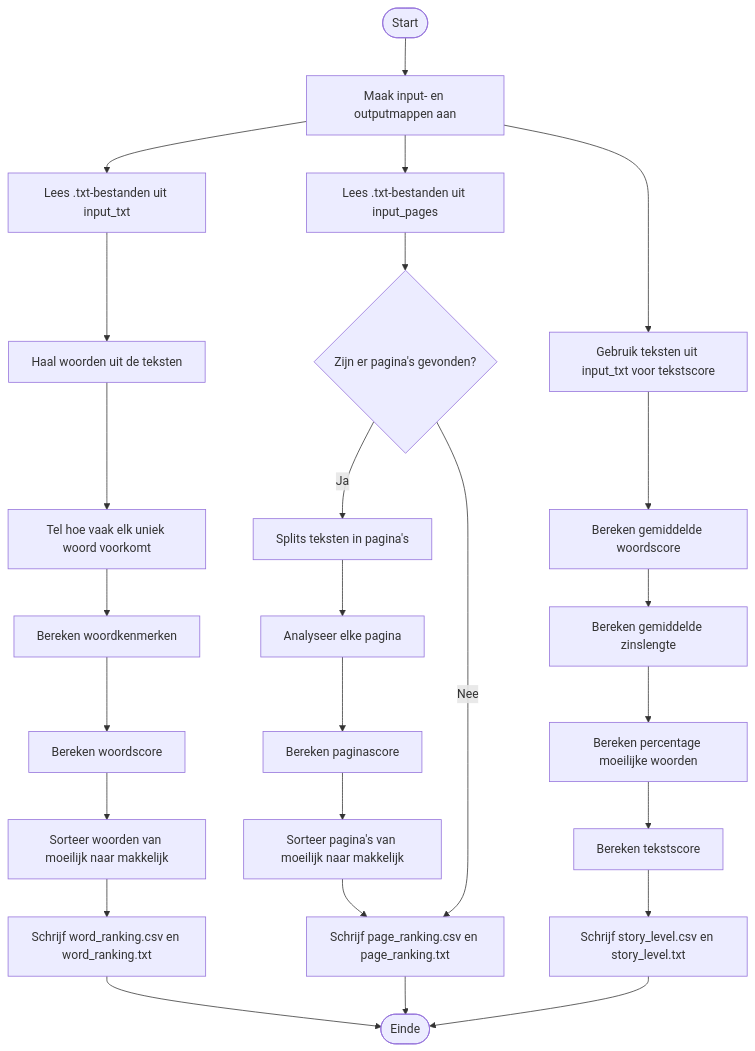
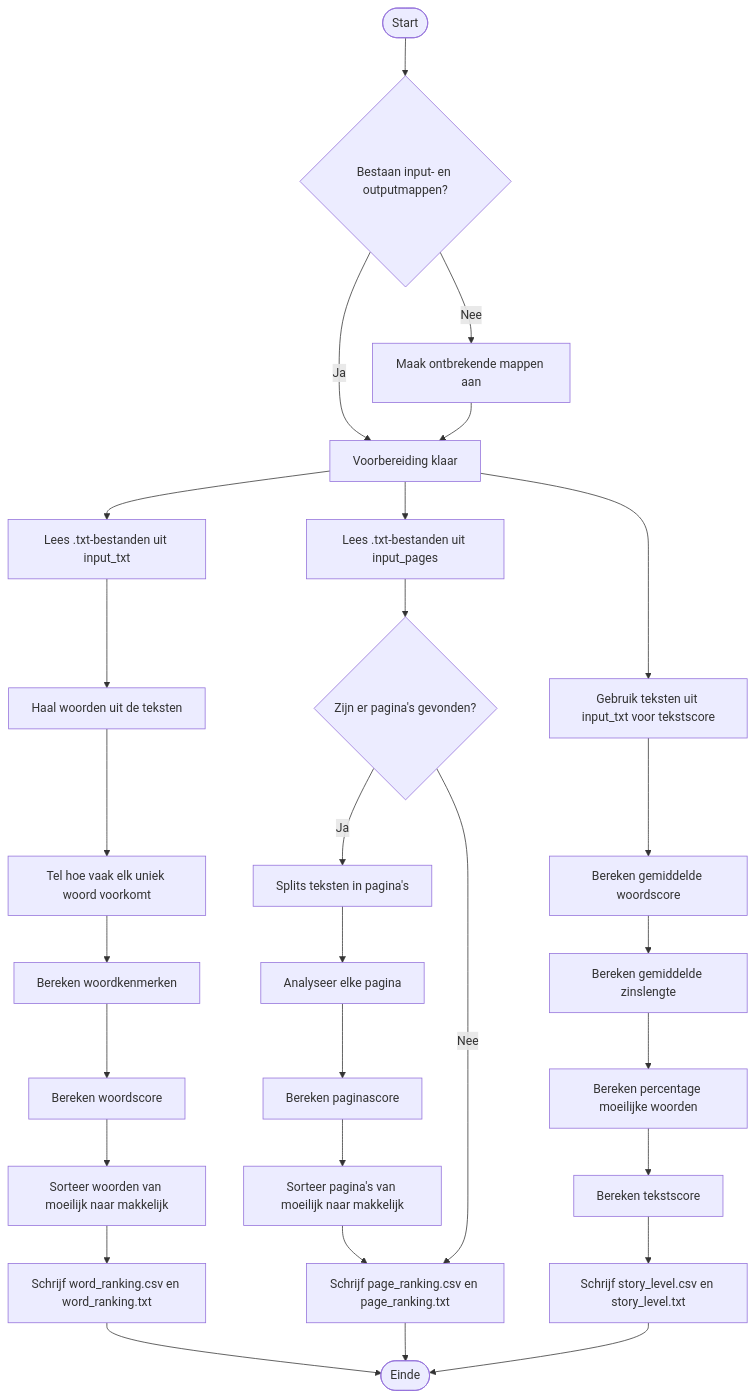
The diagram in docs/activity_diagram.md (Greedsmith/word_ranking_system), drawn with Mermaid before and after one commit.

````diff
--- a/docs/activity_diagram.md
+++ b/docs/activity_diagram.md
@@ -5,32 +5,35 @@
 ```mermaid
 flowchart TD
-    A([Start]) --> B[Maak input- en outputmappen aan]
+    A([Start]) --> B{Bestaan input- en outputmappen?}
+    B -- Ja --> B0[Voorbereiding klaar]
+    B -- Nee --> C0[Maak ontbrekende mappen aan]
+    C0 --> B0
 
-    B --> C[Lees .txt-bestanden uit input_txt]
+    B0 --> C[Lees .txt-bestanden uit input_txt]
     C --> D[Haal woorden uit de teksten]
     D --> E[Tel hoe vaak elk uniek woord voorkomt]
     E --> F[Bereken woordkenmerken]
     F --> G[Bereken woordscore]
     G --> H[Sorteer woorden van moeilijk naar makkelijk]
     H --> I[Schrijf word_ranking.csv en word_ranking.txt]
 
-    B --> J[Lees .txt-bestanden uit input_pages]
+    B0 --> J[Lees .txt-bestanden uit input_pages]
     J --> K{Zijn er pagina's gevonden?}
     K -- Ja --> L[Splits teksten in pagina's]
     L --> M[Analyseer elke pagina]
     M --> N[Bereken paginascore]
     N --> O[Sorteer pagina's van moeilijk naar makkelijk]
     O --> P[Schrijf page_ranking.csv en page_ranking.txt]
     K -- Nee --> P
 
-    B --> Q[Gebruik teksten uit input_txt voor tekstscore]
+    B0 --> Q[Gebruik teksten uit input_txt voor tekstscore]
     Q --> R[Bereken gemiddelde woordscore]
     R --> S[Bereken gemiddelde zinslengte]
     S --> T[Bereken percentage moeilijke woorden]
     T --> U[Bereken tekstscore]
     U --> W[Schrijf story_level.csv en story_level.txt]
 
     I --> X([Einde])
     P --> X
     W --> X
 ```
````
